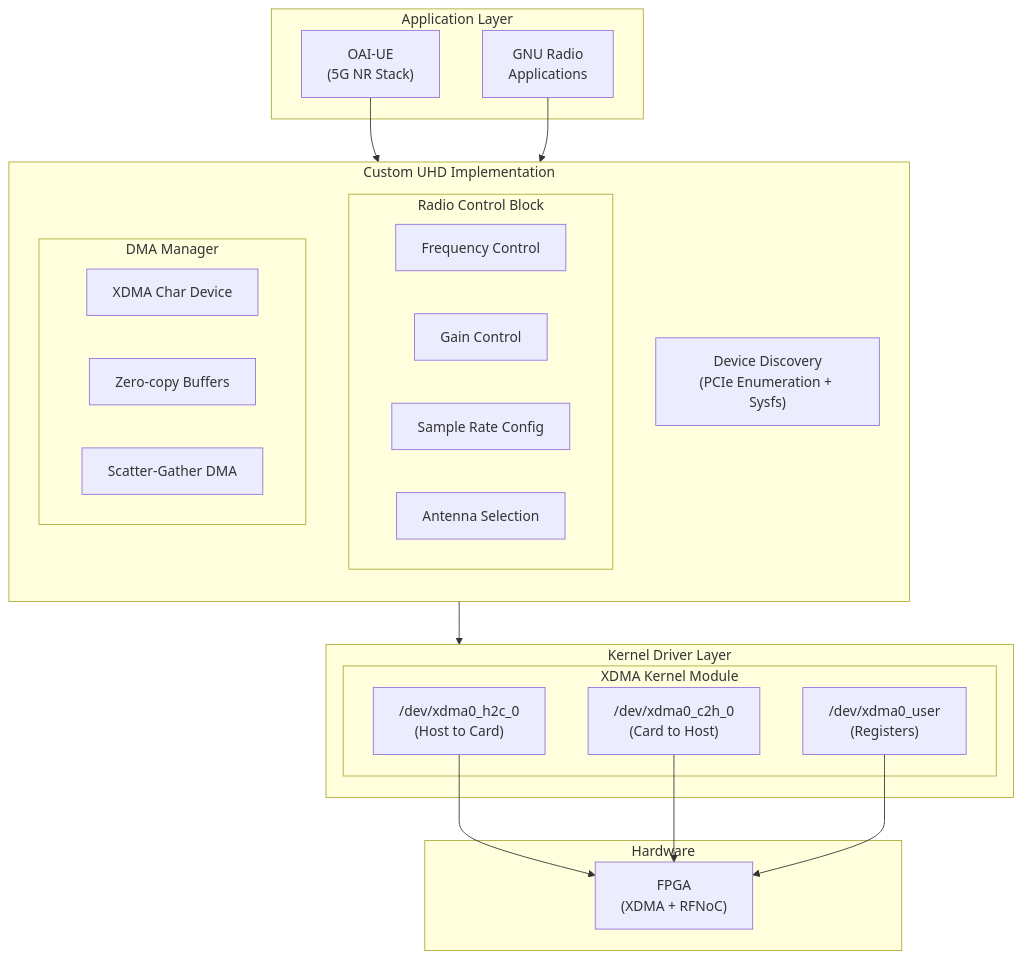
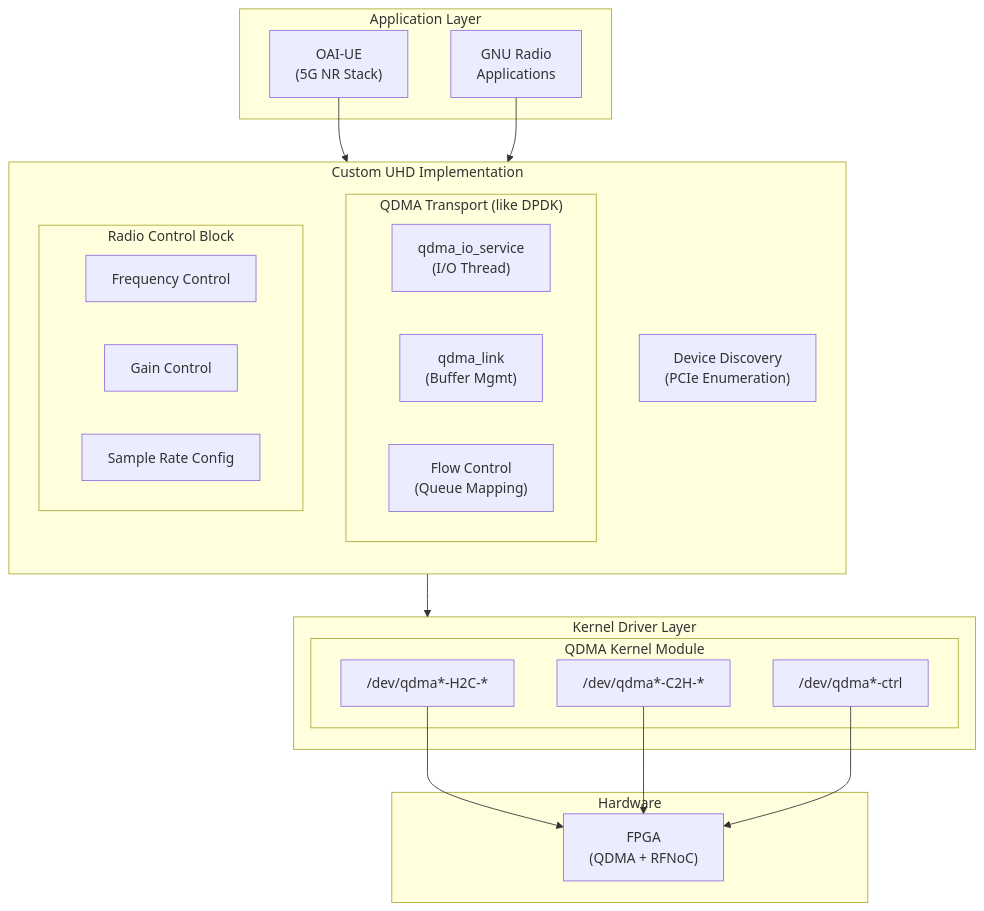
The eighth of 19 diagrams in docs/sdr_board_project_plan.md (EttusResearch/uhd), drawn with Mermaid before and after one commit. The commit also changed other lines of this file, not shown here.

First line of the commit message:
docs: Update SDR board plan with QDMA, ZU19EG, and revised schedule

````diff
--- a/docs/sdr_board_project_plan.md
+++ b/docs/sdr_board_project_plan.md
@@ -285,44 +395,43 @@
 ```mermaid
 flowchart TB
     subgraph APP["Application Layer"]
         OAI["OAI-UE<br/>(5G NR Stack)"]
         GR["GNU Radio<br/>Applications"]
     end
 
     subgraph UHD["Custom UHD Implementation"]
         direction TB
-        DISC["Device Discovery<br/>(PCIe Enumeration + Sysfs)"]
+        DISC["Device Discovery<br/>(PCIe Enumeration)"]
+
+        subgraph QDMA_TRANS["QDMA Transport (like DPDK)"]
+            IO_SVC["qdma_io_service<br/>(I/O Thread)"]
+            QDMA_LINK["qdma_link<br/>(Buffer Mgmt)"]
+            FLOW_CTRL["Flow Control<br/>(Queue Mapping)"]
+        end
 
         subgraph RADIO["Radio Control Block"]
             FREQ["Frequency Control"]
             GAIN["Gain Control"]
             RATE["Sample Rate Config"]
-            ANT["Antenna Selection"]
-        end
-
-        subgraph DMA["DMA Manager"]
-            XDMA_DEV["XDMA Char Device"]
-            ZERO["Zero-copy Buffers"]
-            SG["Scatter-Gather DMA"]
         end
     end
 
     subgraph KERNEL["Kernel Driver Layer"]
-        subgraph XDMA_MOD["XDMA Kernel Module"]
-            H2C_DEV["/dev/xdma0_h2c_0<br/>(Host to Card)"]
-            C2H_DEV["/dev/xdma0_c2h_0<br/>(Card to Host)"]
-            USER_DEV["/dev/xdma0_user<br/>(Registers)"]
+        subgraph QDMA_MOD["QDMA Kernel Module"]
+            H2C_DEV["/dev/qdma*-H2C-*"]
+            C2H_DEV["/dev/qdma*-C2H-*"]
+            CTRL_DEV["/dev/qdma*-ctrl"]
         end
     end
 
     subgraph HW["Hardware"]
-        FPGA["FPGA<br/>(XDMA + RFNoC)"]
+        FPGA["FPGA<br/>(QDMA + RFNoC)"]
     end
 
     OAI --> UHD
     GR --> UHD
     UHD --> KERNEL
     H2C_DEV --> FPGA
     C2H_DEV --> FPGA
-    USER_DEV --> FPGA
+    CTRL_DEV --> FPGA
 ```
````
